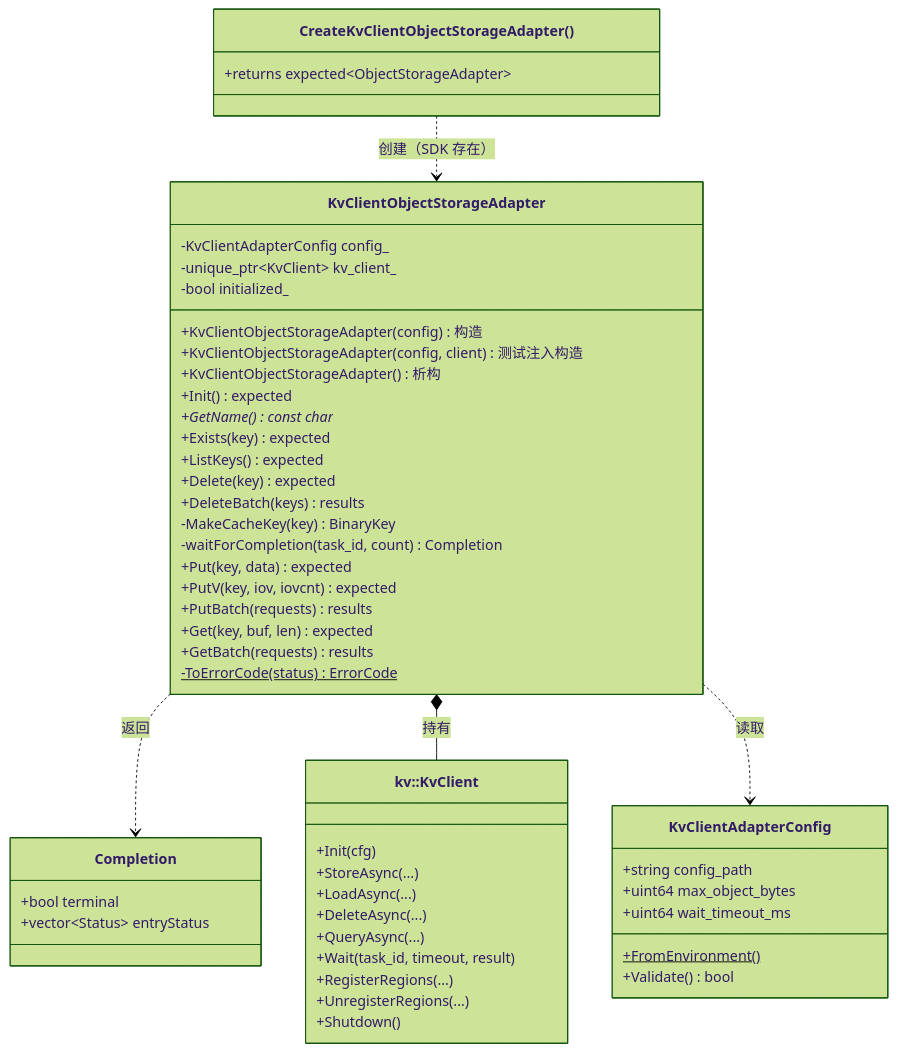
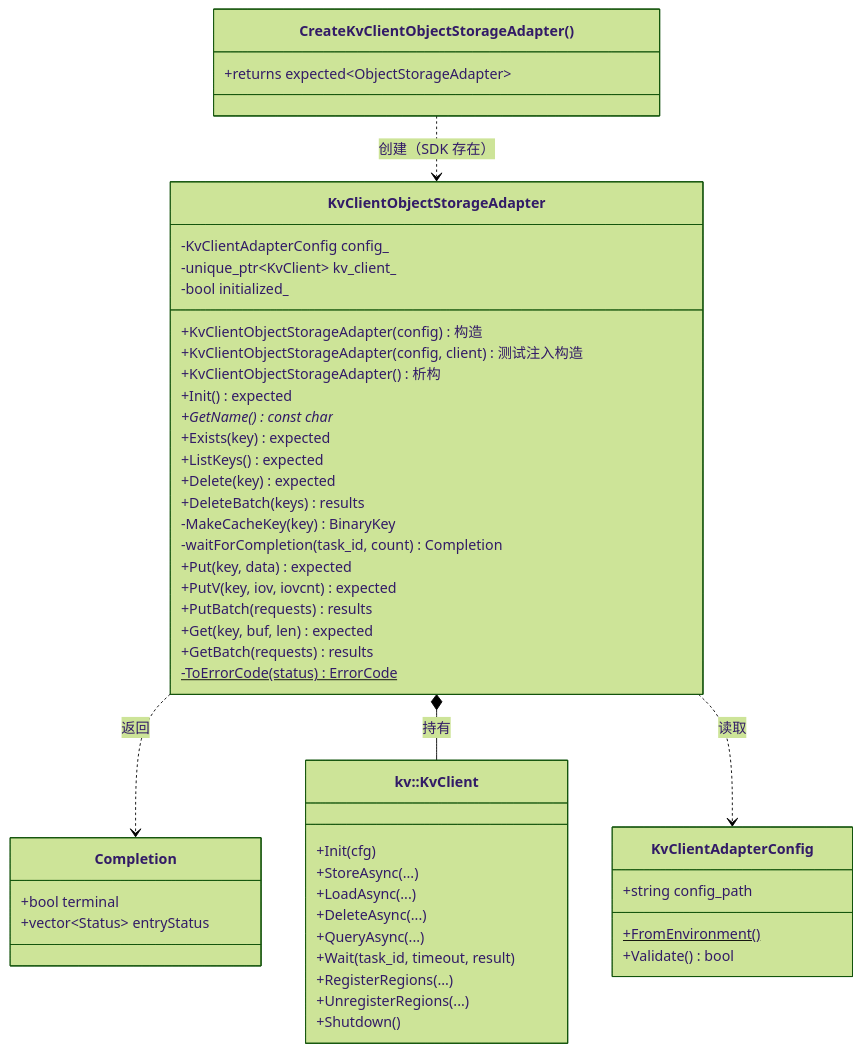
The first of 9 diagrams in Mooncake + KVClient L3 接入（Kvcs）- PR 实施设计.md (zwj20000328-dotcom/Mooncake-documents), drawn with Mermaid (forest theme) before and after one commit. The commit also changed other lines of this file and 3 other files, not shown here.

````diff
--- a/Mooncake + KVClient L3 接入（Kvcs）- PR 实施设计.md
+++ b/Mooncake + KVClient L3 接入（Kvcs）- PR 实施设计.md
@@ -44,62 +44,60 @@
 ```mermaid
 classDiagram
     direction TB
 
     class KvClientAdapterConfig {
         +string config_path
-        +uint64 max_object_bytes
-        +uint64 wait_timeout_ms
         +FromEnvironment()$
         +Validate() bool
     }
 
     class Completion {
         +bool terminal
         +vector~Status~ entryStatus
     }
 
     class KvClientObjectStorageAdapter {
         -KvClientAdapterConfig config_
         -unique_ptr~KvClient~ kv_client_
         -bool initialized_
         +KvClientObjectStorageAdapter(config) 构造
         +KvClientObjectStorageAdapter(config, client) 测试注入构造
         +KvClientObjectStorageAdapter() 析构
         +Init() expected
         +GetName() const char*
         +Exists(key) expected
         +ListKeys() expected
         +Delete(key) expected
         +DeleteBatch(keys) results
         -MakeCacheKey(key) BinaryKey
         -waitForCompletion(task_id, count) Completion
         +Put(key, data) expected
         +PutV(key, iov, iovcnt) expected
         +PutBatch(requests) results
         +Get(key, buf, len) expected
         +GetBatch(requests) results
         -ToErrorCode(status) ErrorCode$
     }
 
     KvClientObjectStorageAdapter ..> Completion : 返回
 
     class SdkKvClient["kv::KvClient"] {
         +Init(cfg)
         +StoreAsync(...)
         +LoadAsync(...)
         +DeleteAsync(...)
         +QueryAsync(...)
         +Wait(task_id, timeout, result)
         +RegisterRegions(...)
         +UnregisterRegions(...)
         +Shutdown()
     }
 
     class Factory["CreateKvClientObjectStorageAdapter()"] {
         +returns expected~ObjectStorageAdapter~
     }
 
     KvClientObjectStorageAdapter *-- SdkKvClient : 持有
     KvClientObjectStorageAdapter ..> KvClientAdapterConfig : 读取
     Factory ..> KvClientObjectStorageAdapter : 创建（SDK 存在）
 ```
````
